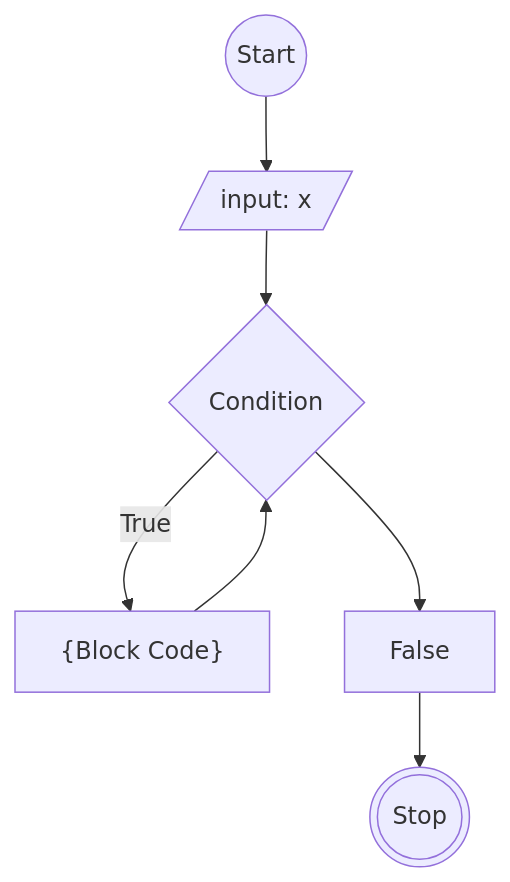
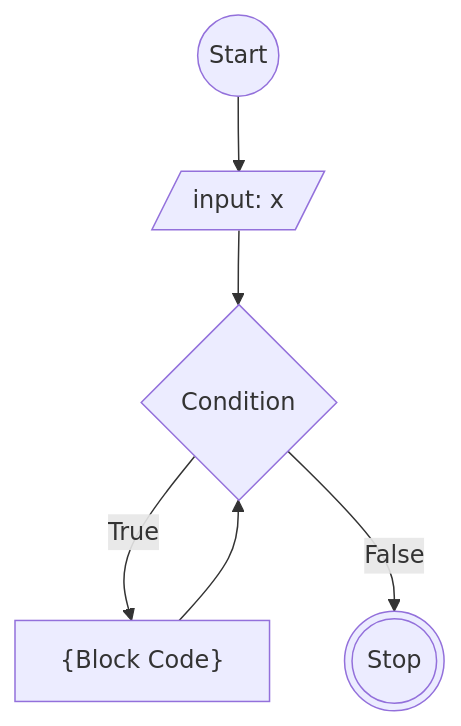
The diagram in flowchart-loop-while.md (Arif14377/koda-b6-homework1), drawn with Mermaid before and after one commit.

````diff
--- a/flowchart-loop-while.md
+++ b/flowchart-loop-while.md
@@ -3,15 +3,15 @@
 ```mermaid
 flowchart TD
 
 start@{shape: circle, label: "Start"}
 input@{shape: lean-r, label: "input: x"}
 condition@{shape: diamond, label: "Condition"}
 code@{shape: rect, label: "{Block Code}"}
 stop@{shape: dbl-circ, label: "Stop"}
 
 start-->input
 input-->condition
 condition--True-->code
-condition-->False-->stop
+condition--False-->stop
 code-->condition
 ```
````
